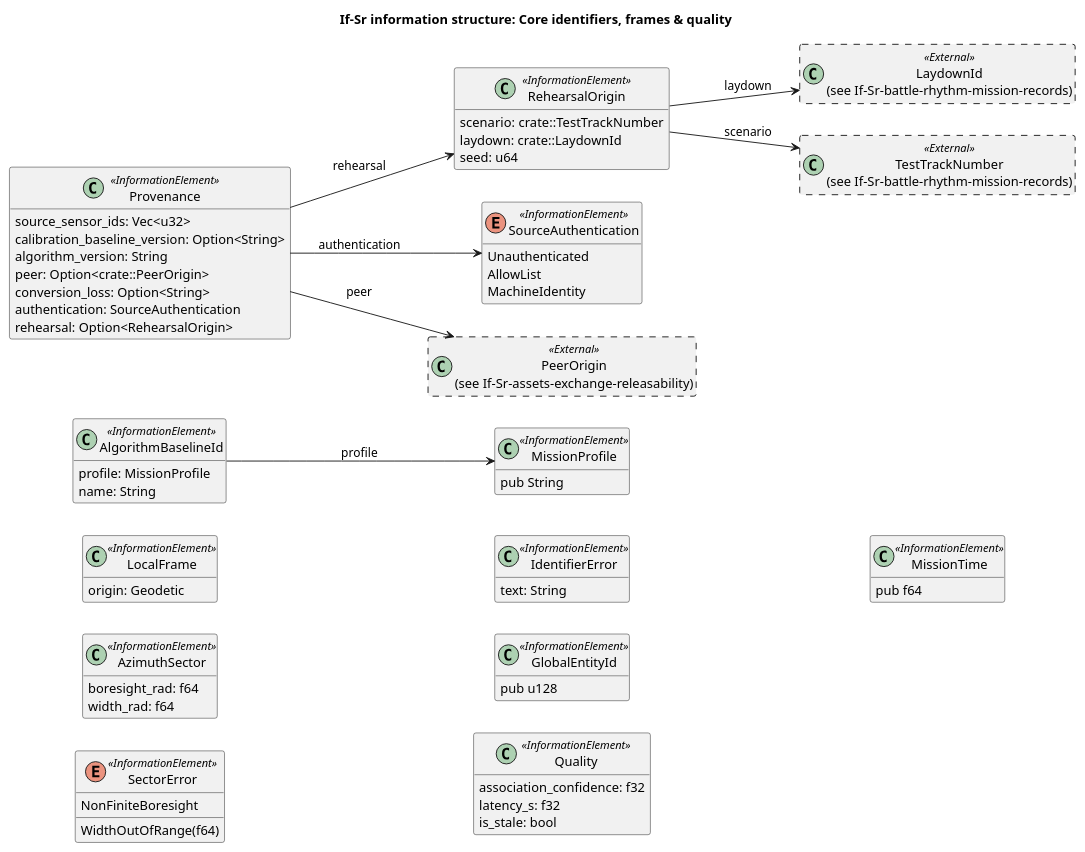
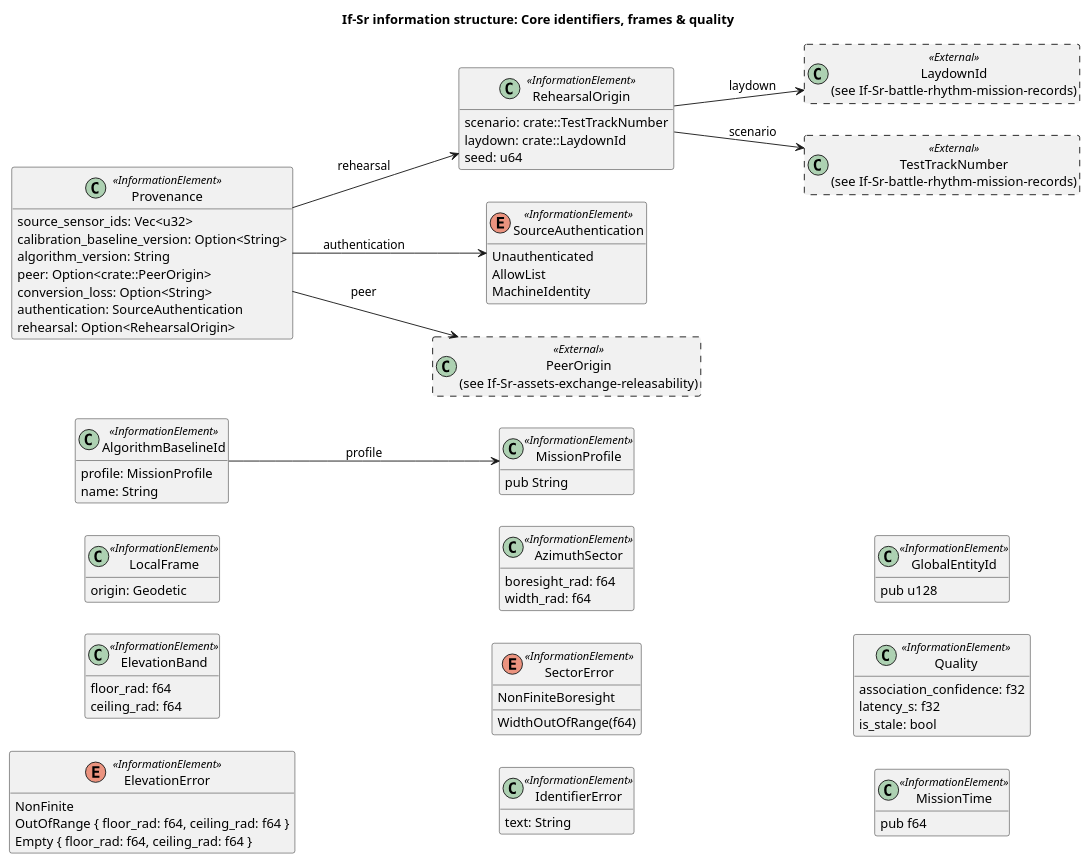
Before and after one commit to WayneRoessling/gungnir: the diagram in docs/architecture/uaf/information/If-Sr-core-identifiers-frames-quality.puml, drawn with PlantUML. The commit also changed 38 other files, not shown here.

```diff
--- a/docs/architecture/uaf/information/If-Sr-core-identifiers-frames-quality.puml
+++ b/docs/architecture/uaf/information/If-Sr-core-identifiers-frames-quality.puml
@@ -1,69 +1,78 @@
 @startuml If-Sr-core-identifiers-frames-quality
 title If-Sr information structure: Core identifiers, frames & quality
 left to right direction
 hide empty members
 skinparam classAttributeIconSize 0
 class "LocalFrame" as LocalFrame <<InformationElement>> {
   origin: Geodetic
+}
+class "ElevationBand" as ElevationBand <<InformationElement>> {
+  floor_rad: f64
+  ceiling_rad: f64
+}
+enum "ElevationError" as ElevationError <<InformationElement>> {
+  NonFinite
+  OutOfRange { floor_rad: f64, ceiling_rad: f64 }
+  Empty { floor_rad: f64, ceiling_rad: f64 }
 }
 class "AzimuthSector" as AzimuthSector <<InformationElement>> {
   boresight_rad: f64
   width_rad: f64
 }
 enum "SectorError" as SectorError <<InformationElement>> {
   NonFiniteBoresight
   WidthOutOfRange(f64)
 }
 class "IdentifierError" as IdentifierError <<InformationElement>> {
   text: String
 }
 class "GlobalEntityId" as GlobalEntityId <<InformationElement>> {
   pub u128
 }
 class "MissionProfile" as MissionProfile <<InformationElement>> {
   pub String
 }
 class "AlgorithmBaselineId" as AlgorithmBaselineId <<InformationElement>> {
   profile: MissionProfile
   name: String
 }
 class "Provenance" as Provenance <<InformationElement>> {
   source_sensor_ids: Vec<u32>
   calibration_baseline_version: Option<String>
   algorithm_version: String
   peer: Option<crate::PeerOrigin>
   conversion_loss: Option<String>
   authentication: SourceAuthentication
   rehearsal: Option<RehearsalOrigin>
 }
 class "RehearsalOrigin" as RehearsalOrigin <<InformationElement>> {
   scenario: crate::TestTrackNumber
   laydown: crate::LaydownId
   seed: u64
 }
 enum "SourceAuthentication" as SourceAuthentication <<InformationElement>> {
   Unauthenticated
   AllowList
   MachineIdentity
 }
 class "Quality" as Quality <<InformationElement>> {
   association_confidence: f32
   latency_s: f32
   is_stale: bool
 }
 class "MissionTime" as MissionTime <<InformationElement>> {
   pub f64
 }
 class "LaydownId\n(see If-Sr-battle-rhythm-mission-records)" as LaydownId <<External>> #line.dashed {
 }
 class "PeerOrigin\n(see If-Sr-assets-exchange-releasability)" as PeerOrigin <<External>> #line.dashed {
 }
 class "TestTrackNumber\n(see If-Sr-battle-rhythm-mission-records)" as TestTrackNumber <<External>> #line.dashed {
 }
 AlgorithmBaselineId --> MissionProfile : profile
 Provenance --> PeerOrigin : peer
 Provenance --> RehearsalOrigin : rehearsal
 Provenance --> SourceAuthentication : authentication
 RehearsalOrigin --> LaydownId : laydown
 RehearsalOrigin --> TestTrackNumber : scenario
 @enduml
```
